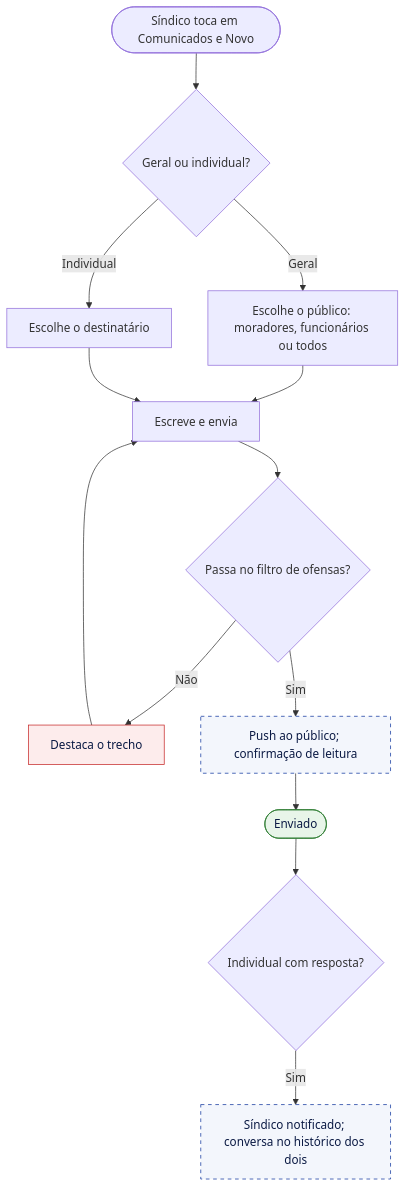
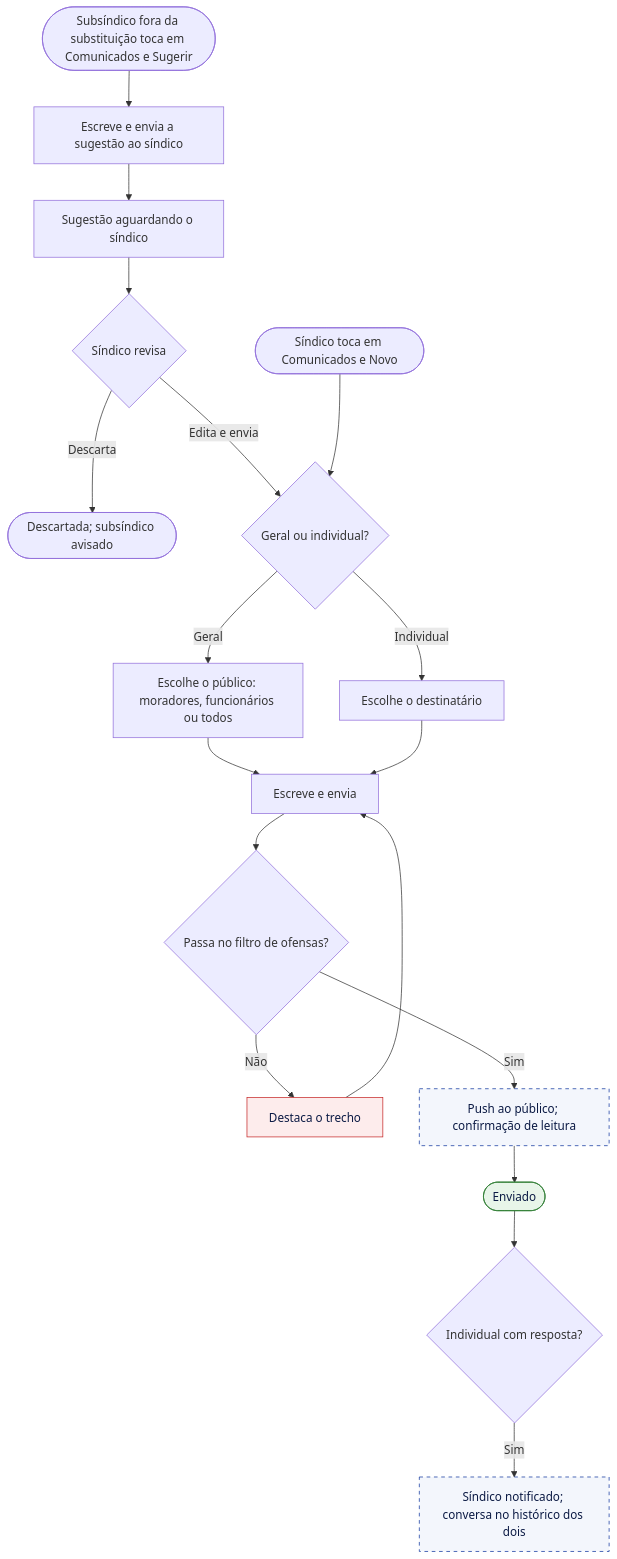
Diagram 20 of 26 in docs/02-design/02-user-flows.md (pedrolems/CondomiFacil), drawn with Mermaid before and after one commit. The commit also changed other lines of this file and 11 other files, not shown here.

````diff
--- a/docs/02-design/02-user-flows.md
+++ b/docs/02-design/02-user-flows.md
@@ -775,21 +824,26 @@
 ```mermaid
 flowchart TD
+    A0(["Subsíndico fora da substituição toca em Comunicados e Sugerir"]) --> A1["Escreve e envia a sugestão ao síndico"]
+    A1 --> A2["Sugestão aguardando o síndico"]
+    A2 --> A3{"Síndico revisa"}
+    A3 -->|"Descarta"| A4(["Descartada; subsíndico avisado"])
+    A3 -->|"Edita e envia"| B
     A(["Síndico toca em Comunicados e Novo"]) --> B{"Geral ou individual?"}
     B -->|"Geral"| C["Escolhe o público: moradores, funcionários ou todos"]
     B -->|"Individual"| D["Escolhe o destinatário"]
     C --> E["Escreve e envia"]
     D --> E
     E --> F{"Passa no filtro de ofensas?"}
     F -->|"Não"| E1["Destaca o trecho"]
     E1 --> E
     F -->|"Sim"| S1["Push ao público; confirmação de leitura"]
     S1 --> Z(["Enviado"])
     Z --> G{"Individual com resposta?"}
     G -->|"Sim"| S2["Síndico notificado; conversa no histórico dos dois"]
     classDef ok fill:#E8F5E9,stroke:#2E7D32,color:#0B1A44
     classDef erro fill:#FDECEC,stroke:#C62828,color:#0B1A44
     classDef sis fill:#F3F6FC,stroke:#0E359D,stroke-dasharray:5 5,color:#0B1A44
     class Z ok
     class E1 erro
     class S1,S2 sis
 ```
````
